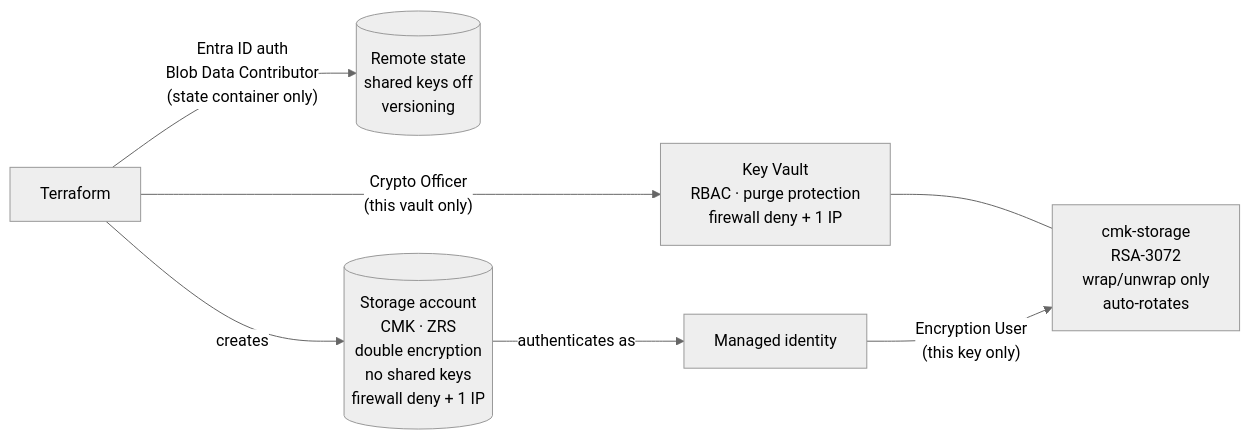
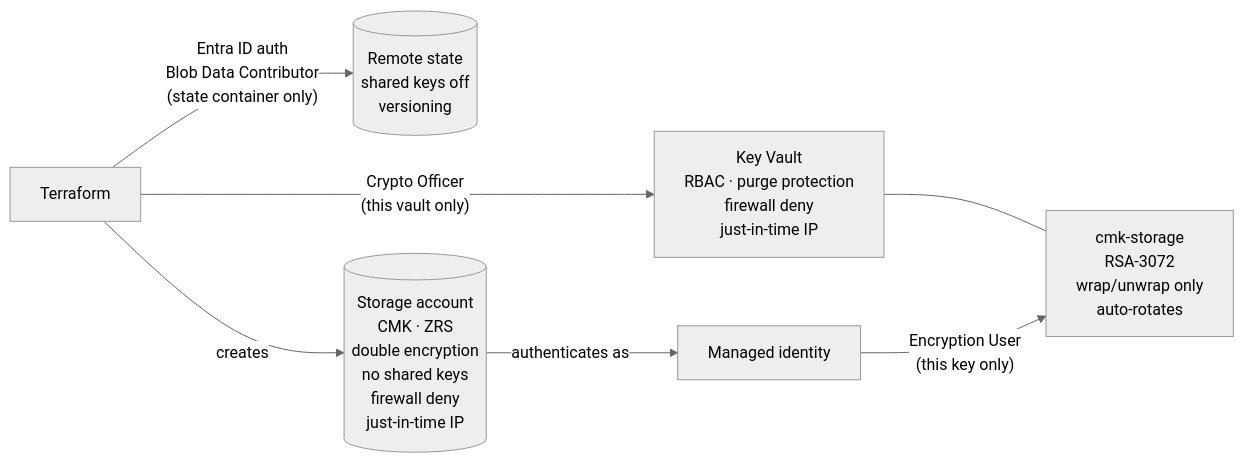
The second of 3 diagrams in README.md (Subash-1507/multicloud-secure-iac), drawn with Mermaid (neutral theme) before and after one commit. The commit also changed other lines of this file, not shown here.

Commit message:
docs: README for GitHub OIDC identities, ABAC-limited delegation and just-in-time firewall access (#8)

````diff
--- a/README.md
+++ b/README.md
@@ -27,9 +27,9 @@
 ```mermaid
 flowchart LR
   tf["Terraform"] -->|"Entra ID auth<br/>Blob Data Contributor<br/>(state container only)"| state[("Remote state<br/>shared keys off<br/>versioning")]
-  tf -->|"Crypto Officer<br/>(this vault only)"| kv["Key Vault<br/>RBAC · purge protection<br/>firewall deny + 1 IP"]
+  tf -->|"Crypto Officer<br/>(this vault only)"| kv["Key Vault<br/>RBAC · purge protection<br/>firewall deny<br/>just-in-time IP"]
   kv --- key["cmk-storage<br/>RSA-3072<br/>wrap/unwrap only<br/>auto-rotates"]
-  sa[("Storage account<br/>CMK · ZRS<br/>double encryption<br/>no shared keys<br/>firewall deny + 1 IP")] -->|"authenticates as"| mi["Managed identity"]
+  sa[("Storage account<br/>CMK · ZRS<br/>double encryption<br/>no shared keys<br/>firewall deny<br/>just-in-time IP")] -->|"authenticates as"| mi["Managed identity"]
   mi -->|"Encryption User<br/>(this key only)"| key
   tf -->|"creates"| sa
 ```
````
